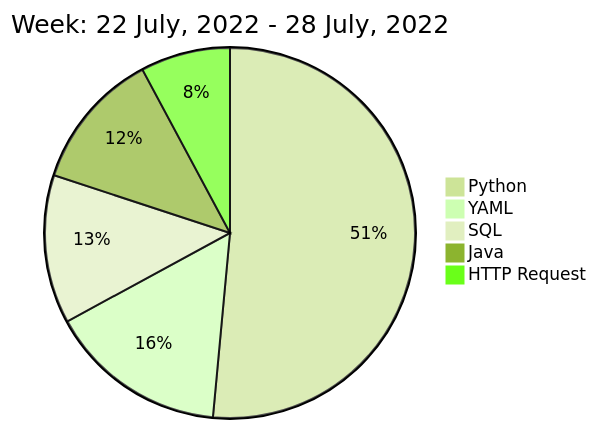
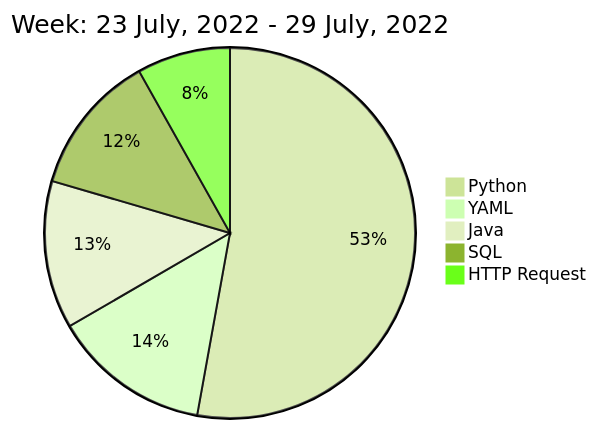
The diagram in README.md (liubin95/liubin95), drawn with Mermaid (forest theme) before and after one commit.

Commit message:
Updated the Graph with new Metrics

````diff
--- a/README.md
+++ b/README.md
@@ -40,9 +40,9 @@
 ```mermaid
  pie
-title Week: 22 July, 2022 - 28 July, 2022
- "Python" : 10.32
+title Week: 23 July, 2022 - 29 July, 2022
+ "Python" : 12.0
  "YAML" : 3.13
- "SQL" : 2.6
- "Java" : 2.43
- "HTTP Request" : 1.57
+ "Java" : 2.93
+ "SQL" : 2.8
+ "HTTP Request" : 1.85
 ```
````
